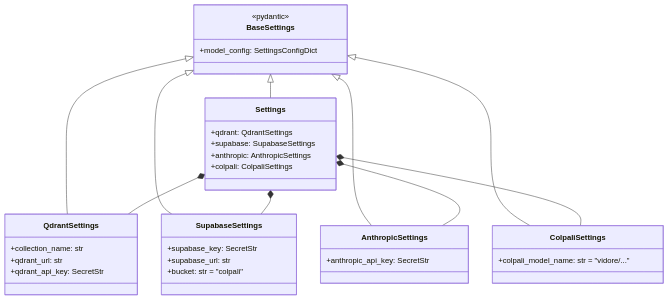
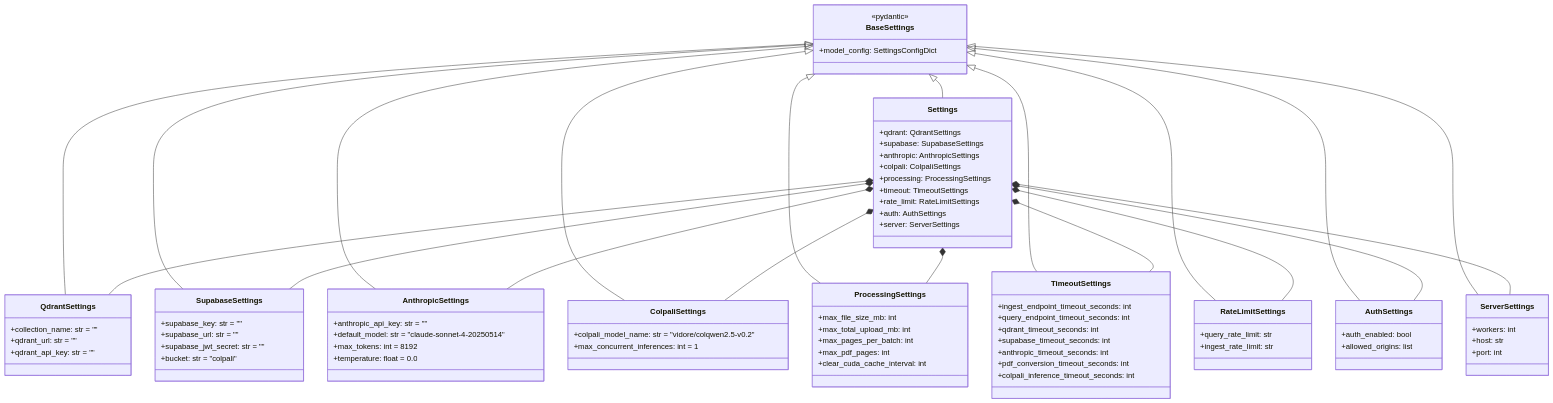
Before and after one commit to akosgintl/colpali-rag-app: the second of 3 diagrams in docs/modules/settings.md, drawn with Mermaid. The commit also changed other lines of this file and 42 other files, not shown here.

````diff
--- a/docs/modules/settings.md
+++ b/docs/modules/settings.md
@@ -177,23 +201,62 @@
     }
 
     class QdrantSettings {
-        +collection_name: str
-        +qdrant_url: str
-        +qdrant_api_key: SecretStr
+        +collection_name: str = ""
+        +qdrant_url: str = ""
+        +qdrant_api_key: str = ""
     }
 
     class SupabaseSettings {
-        +supabase_key: SecretStr
-        +supabase_url: str
+        +supabase_key: str = ""
+        +supabase_url: str = ""
+        +supabase_jwt_secret: str = ""
         +bucket: str = "colpali"
     }
 
     class AnthropicSettings {
-        +anthropic_api_key: SecretStr
+        +anthropic_api_key: str = ""
+        +default_model: str = "claude-sonnet-4-20250514"
+        +max_tokens: int = 8192
+        +temperature: float = 0.0
     }
 
     class ColpaliSettings {
-        +colpali_model_name: str = "vidore/..."
+        +colpali_model_name: str = "vidore/colqwen2.5-v0.2"
+        +max_concurrent_inferences: int = 1
+    }
+
+    class ProcessingSettings {
+        +max_file_size_mb: int
+        +max_total_upload_mb: int
+        +max_pages_per_batch: int
+        +max_pdf_pages: int
+        +clear_cuda_cache_interval: int
+    }
+
+    class TimeoutSettings {
+        +ingest_endpoint_timeout_seconds: int
+        +query_endpoint_timeout_seconds: int
+        +qdrant_timeout_seconds: int
+        +supabase_timeout_seconds: int
+        +anthropic_timeout_seconds: int
+        +pdf_conversion_timeout_seconds: int
+        +colpali_inference_timeout_seconds: int
+    }
+
+    class RateLimitSettings {
+        +query_rate_limit: str
+        +ingest_rate_limit: str
+    }
+
+    class AuthSettings {
+        +auth_enabled: bool
+        +allowed_origins: list
+    }
+
+    class ServerSettings {
+        +workers: int
+        +host: str
+        +port: int
     }
 
     class Settings {
@@ -201,16 +264,31 @@
         +supabase: SupabaseSettings
         +anthropic: AnthropicSettings
         +colpali: ColpaliSettings
+        +processing: ProcessingSettings
+        +timeout: TimeoutSettings
+        +rate_limit: RateLimitSettings
+        +auth: AuthSettings
+        +server: ServerSettings
     }
 
     BaseSettings <|-- QdrantSettings
     BaseSettings <|-- SupabaseSettings
     BaseSettings <|-- AnthropicSettings
     BaseSettings <|-- ColpaliSettings
+    BaseSettings <|-- ProcessingSettings
+    BaseSettings <|-- TimeoutSettings
+    BaseSettings <|-- RateLimitSettings
+    BaseSettings <|-- AuthSettings
+    BaseSettings <|-- ServerSettings
     BaseSettings <|-- Settings
 
     Settings *-- QdrantSettings
     Settings *-- SupabaseSettings
     Settings *-- AnthropicSettings
     Settings *-- ColpaliSettings
+    Settings *-- ProcessingSettings
+    Settings *-- TimeoutSettings
+    Settings *-- RateLimitSettings
+    Settings *-- AuthSettings
+    Settings *-- ServerSettings
 ```
````
